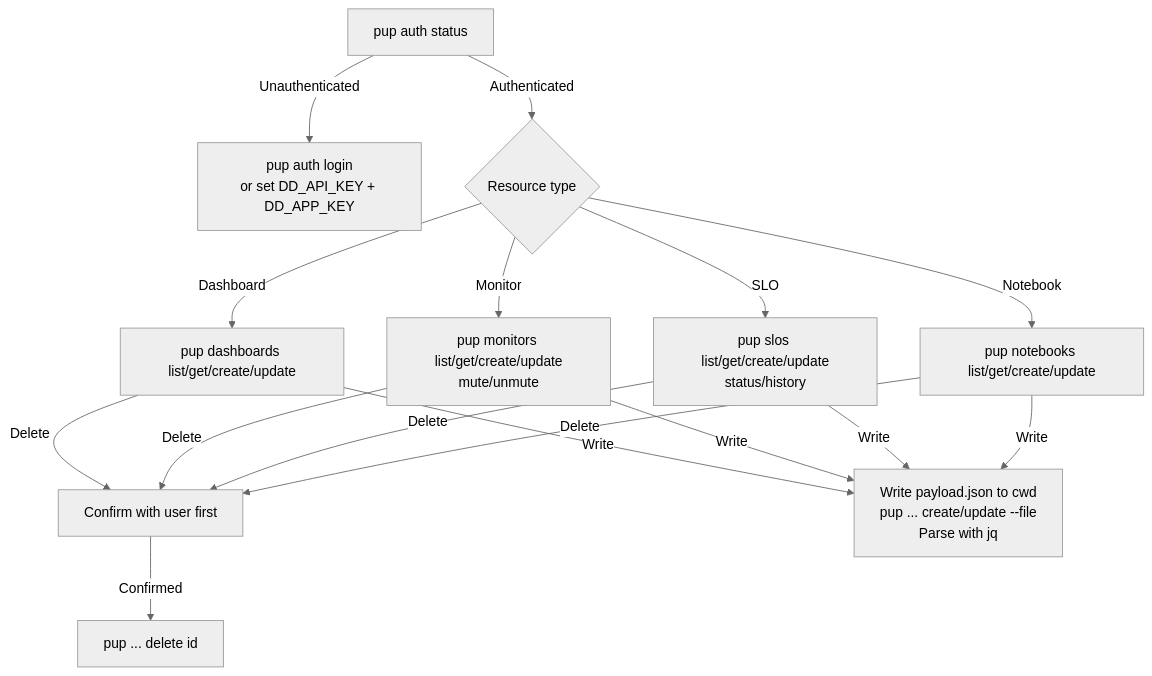
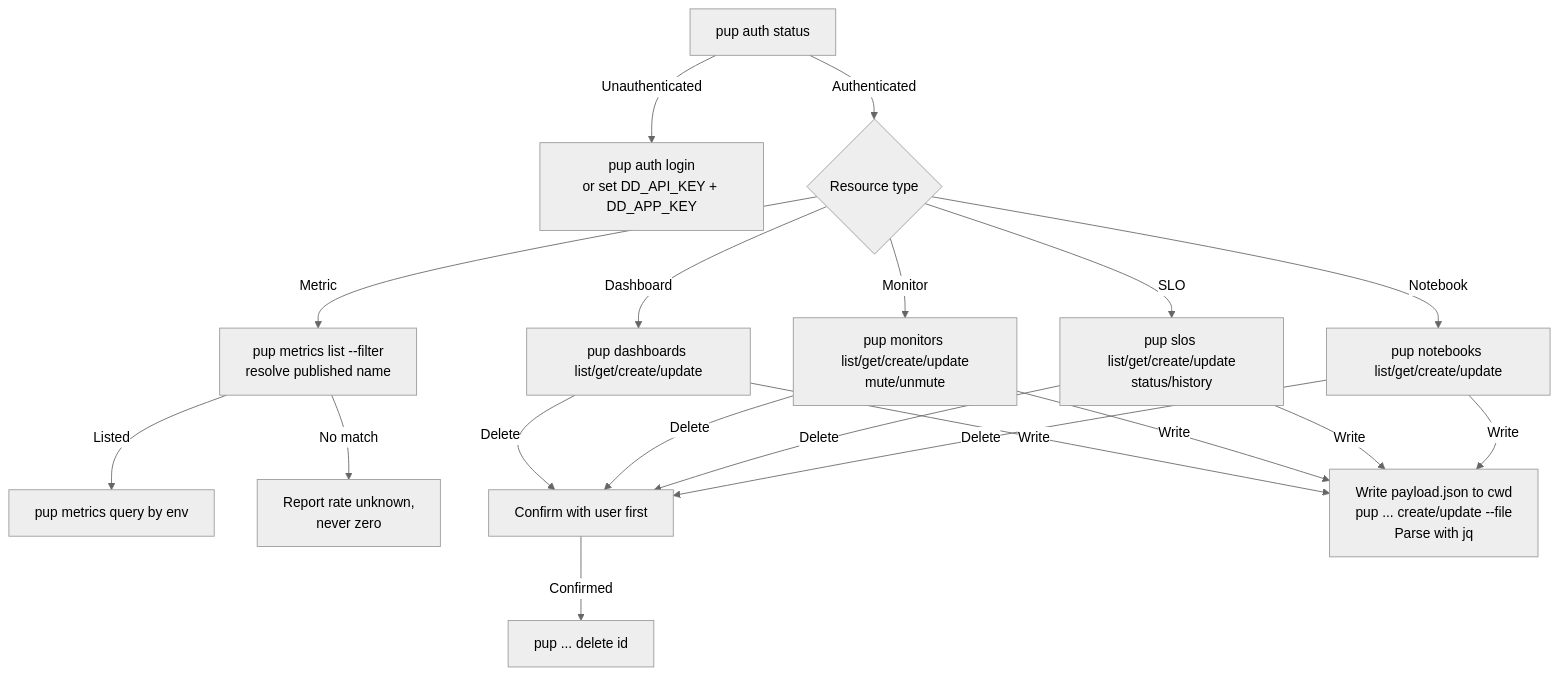
One commit to whizzzkid/skills changed the diagram in skills/datadog/README.md. Above: the diagram before and after it, drawn with Mermaid (neutral theme). The commit also changed other lines of this file and 3 other files, not shown here.

First line of the commit message:
feat(datadog): 🛡️ resolve the published metric name before trusting an empty series

````diff
--- a/skills/datadog/README.md
+++ b/skills/datadog/README.md
@@ -16,12 +16,15 @@
 ```mermaid
 flowchart TD
     A[pup auth status] -->|Unauthenticated| B[pup auth login<br/>or set DD_API_KEY + DD_APP_KEY]
     A -->|Authenticated| C{Resource type}
     C -->|Dashboard| D[pup dashboards list/get/create/update]
     C -->|Monitor| E[pup monitors list/get/create/update<br/>mute/unmute]
     C -->|SLO| F[pup slos list/get/create/update<br/>status/history]
     C -->|Notebook| G[pup notebooks list/get/create/update]
+    C -->|Metric| K[pup metrics list --filter<br/>resolve published name]
+    K -->|Listed| L[pup metrics query by env]
+    K -->|No match| M[Report rate unknown,<br/>never zero]
     D & E & F & G -->|Delete| H[Confirm with user first]
     H -->|Confirmed| I[pup ... delete id]
     D & E & F & G -->|Write| J[Write payload.json to cwd<br/>pup ... create/update --file<br/>Parse with jq]
 ```
````
